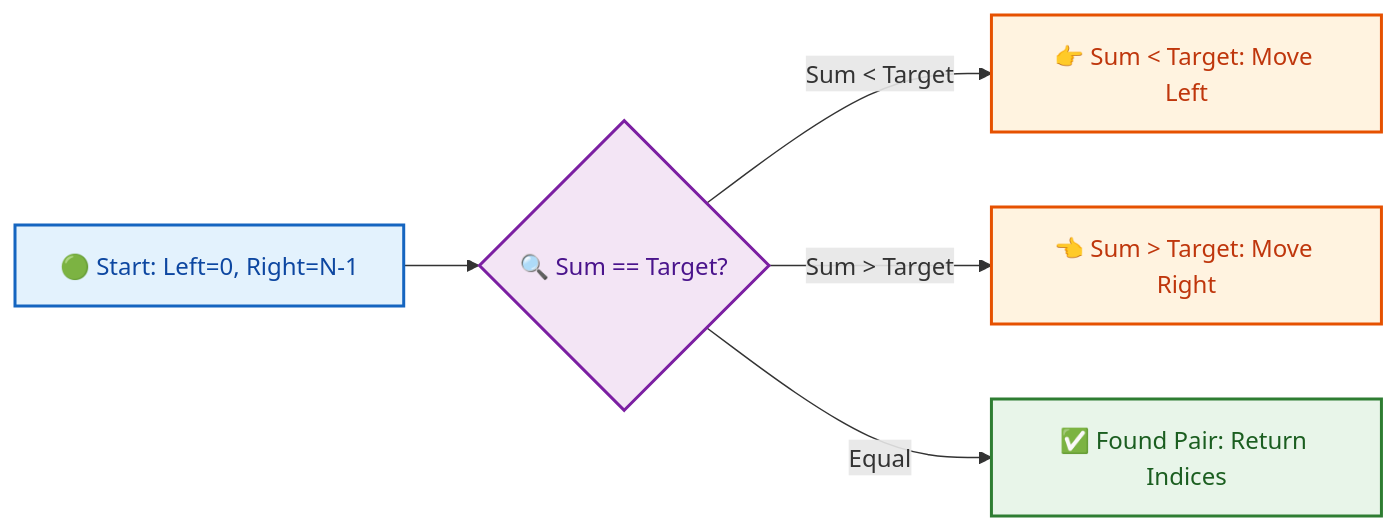
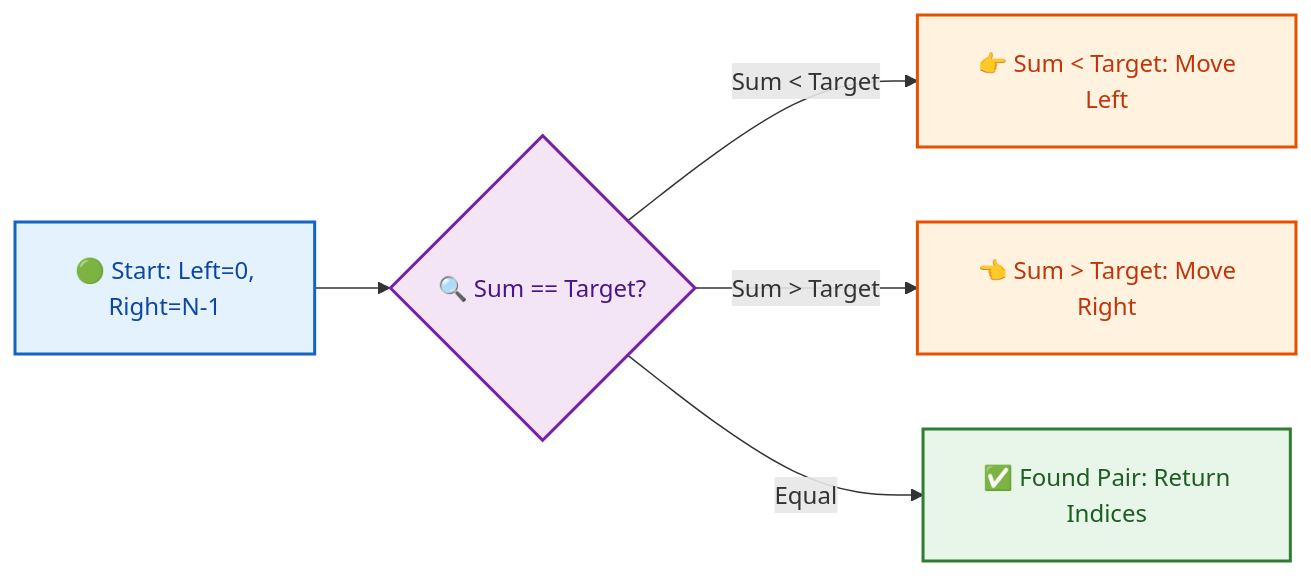
The second of 2 diagrams in .agents/skills/dsa-pedagogy-verifier/SKILL.md (dip4k/DSA_102), drawn with Mermaid before and after one commit. The commit also changed other lines of this file and 108 other files, not shown here.

First line of the commit message:
fix(mermaid): resolve diagram clipping, padding, and syntax issues across repo

````diff
--- a/.agents/skills/dsa-pedagogy-verifier/SKILL.md
+++ b/.agents/skills/dsa-pedagogy-verifier/SKILL.md
@@ -129,18 +130,19 @@
 ```mermaid
+%%{init: {"flowchart": {"htmlLabels": true, "padding": 20}}}%%
 flowchart LR
     classDef startNode fill:#e3f2fd,stroke:#1565c0,stroke-width:2px,color:#0d47a1
     classDef actionNode fill:#f3e5f5,stroke:#7b1fa2,stroke-width:2px,color:#4a148c
     classDef successNode fill:#e8f5e9,stroke:#2e7d32,stroke-width:2px,color:#1b5e20
     classDef warnNode fill:#fff3e0,stroke:#e65100,stroke-width:2px,color:#bf360c
 
-    Start["🟢 Start: Left=0, Right=N-1"]:::startNode
+    Start["🟢 Start: Left=0,<br/>Right=N-1"]:::startNode
     Check{"🔍 Sum == Target?"}:::actionNode
-    ShrinkLeft["👉 Sum &lt; Target: Move Left"]:::warnNode
-    ShrinkRight["👈 Sum > Target: Move Right"]:::warnNode
-    Success["✅ Found Pair: Return Indices"]:::successNode
+    ShrinkLeft["👉 Sum &lt; Target: Move<br/>Left"]:::warnNode
+    ShrinkRight["👈 Sum > Target: Move<br/>Right"]:::warnNode
+    Success["✅ Found Pair: Return<br/>Indices"]:::successNode
 
     Start --> Check
     Check -->|"Sum &lt; Target"| ShrinkLeft
     Check -->|"Sum > Target"| ShrinkRight
     Check -->|"Equal"| Success
 ```
````
